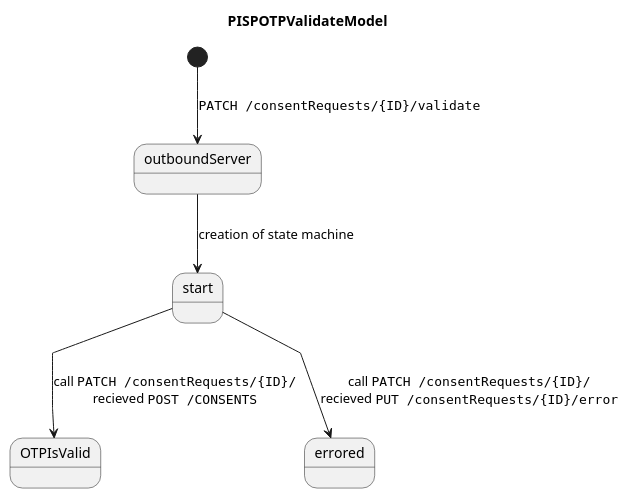
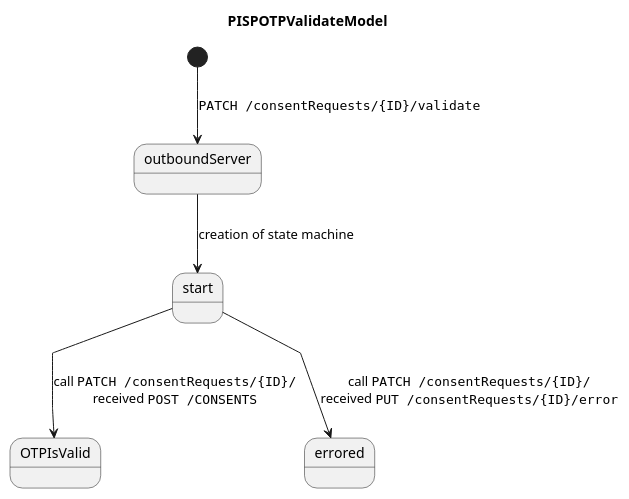
The diagram in docs/sequence/PISPOTPValidateModel.puml (mojaloop/thirdparty-sdk), drawn with PlantUML before and after one commit. The commit also changed 24 other files, not shown here.

```diff
--- a/docs/sequence/PISPOTPValidateModel.puml
+++ b/docs/sequence/PISPOTPValidateModel.puml
@@ -1,11 +1,11 @@
 @startuml PISPOTPValidateModel
 skinparam linetype polyline
 
 title PISPOTPValidateModel
 
 [*] --> outboundServer: ""PATCH /consentRequests/{ID}/validate""
 outboundServer --> start: creation of state machine
-start --> OTPIsValid:\ncall ""PATCH /consentRequests/{ID}/""\nrecieved ""POST /CONSENTS""
-start --> errored:\ncall ""PATCH /consentRequests/{ID}/""\nrecieved ""PUT /consentRequests/{ID}/error""
+start --> OTPIsValid:\ncall ""PATCH /consentRequests/{ID}/""\nreceived ""POST /CONSENTS""
+start --> errored:\ncall ""PATCH /consentRequests/{ID}/""\nreceived ""PUT /consentRequests/{ID}/error""
 
 @enduml
```
